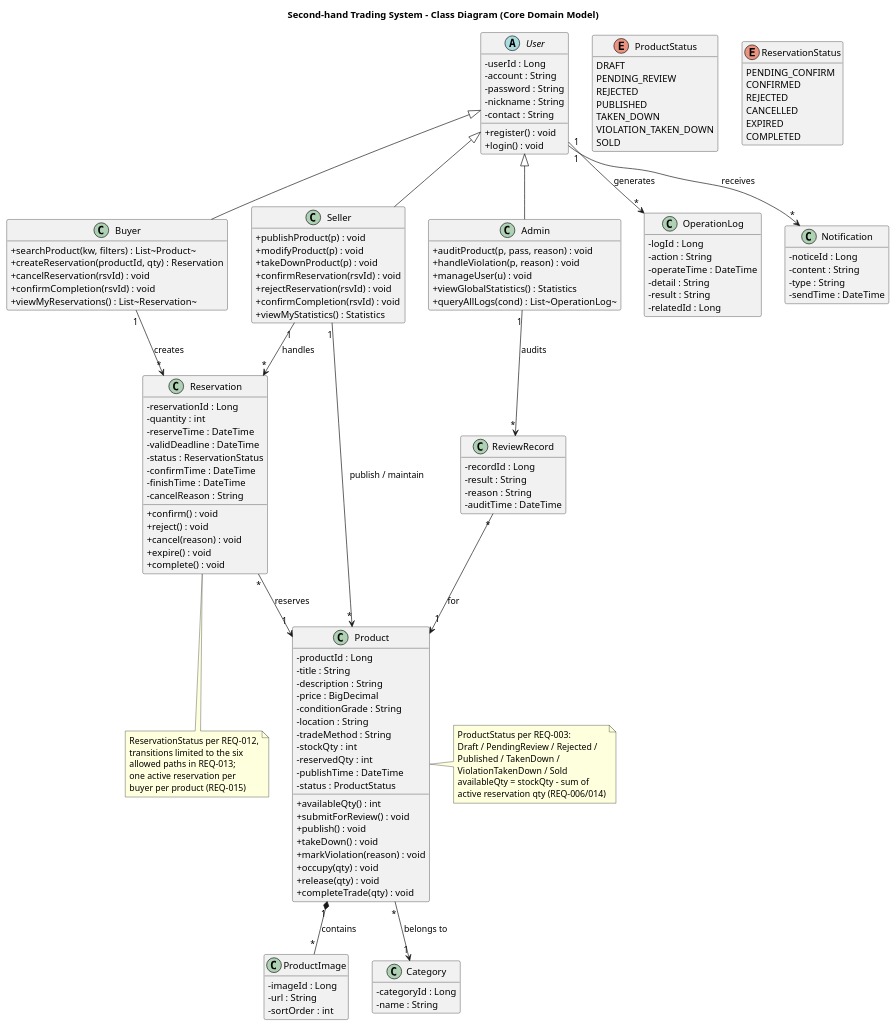
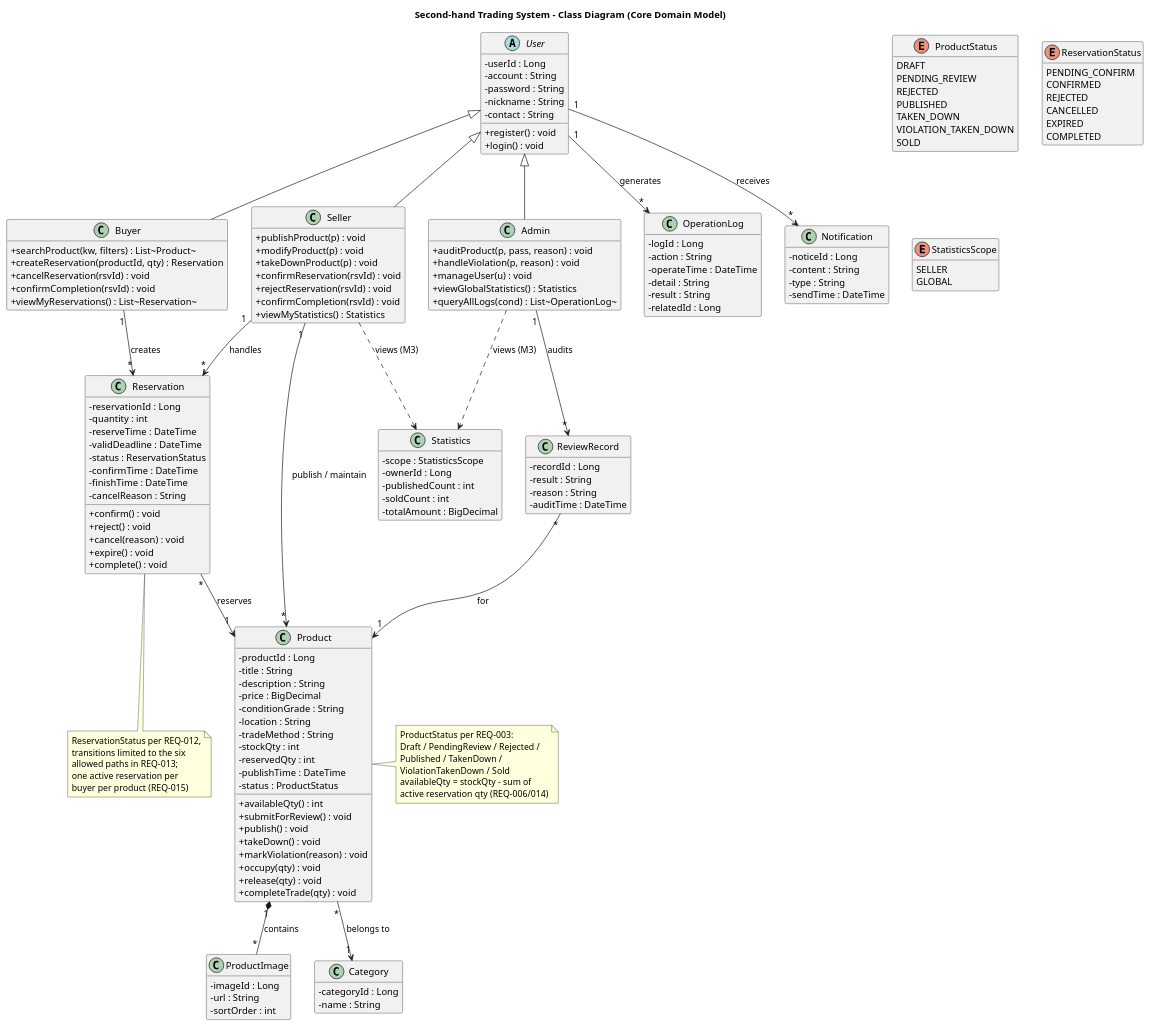
One commit to lmh1145791799/lab1 changed the diagram in uml/class-diagram.puml. Above: the diagram before and after it, drawn with PlantUML. The commit also changed 2 other files, not shown here.

```diff
--- a/uml/class-diagram.puml
+++ b/uml/class-diagram.puml
@@ -1,168 +1,184 @@
 @startuml class-diagram
 title Second-hand Trading System - Class Diagram (Core Domain Model)
 
 skinparam classAttributeIconSize 0
 hide empty member
 
 enum ProductStatus {
   DRAFT
   PENDING_REVIEW
   REJECTED
   PUBLISHED
   TAKEN_DOWN
   VIOLATION_TAKEN_DOWN
   SOLD
 }
 
 enum ReservationStatus {
   PENDING_CONFIRM
   CONFIRMED
   REJECTED
   CANCELLED
   EXPIRED
   COMPLETED
+}
+
+enum StatisticsScope {
+  SELLER
+  GLOBAL
 }
 
 abstract class User {
   - userId : Long
   - account : String
   - password : String
   - nickname : String
   - contact : String
   + register() : void
   + login() : void
 }
 
 class Buyer {
   + searchProduct(kw, filters) : List~Product~
   + createReservation(productId, qty) : Reservation
   + cancelReservation(rsvId) : void
   + confirmCompletion(rsvId) : void
   + viewMyReservations() : List~Reservation~
 }
 
 class Seller {
   + publishProduct(p) : void
   + modifyProduct(p) : void
   + takeDownProduct(p) : void
   + confirmReservation(rsvId) : void
   + rejectReservation(rsvId) : void
   + confirmCompletion(rsvId) : void
   + viewMyStatistics() : Statistics
 }
 
 class Admin {
   + auditProduct(p, pass, reason) : void
   + handleViolation(p, reason) : void
   + manageUser(u) : void
   + viewGlobalStatistics() : Statistics
   + queryAllLogs(cond) : List~OperationLog~
 }
 
 class Product {
   - productId : Long
   - title : String
   - description : String
   - price : BigDecimal
   - conditionGrade : String
   - location : String
   - tradeMethod : String
   - stockQty : int
   - reservedQty : int
   - publishTime : DateTime
   - status : ProductStatus
   + availableQty() : int
   + submitForReview() : void
   + publish() : void
   + takeDown() : void
   + markViolation(reason) : void
   + occupy(qty) : void
   + release(qty) : void
   + completeTrade(qty) : void
 }
 
 class ProductImage {
   - imageId : Long
   - url : String
   - sortOrder : int
 }
 
 class Category {
   - categoryId : Long
   - name : String
 }
 
 class Reservation {
   - reservationId : Long
   - quantity : int
   - reserveTime : DateTime
   - validDeadline : DateTime
   - status : ReservationStatus
   - confirmTime : DateTime
   - finishTime : DateTime
   - cancelReason : String
   + confirm() : void
   + reject() : void
   + cancel(reason) : void
   + expire() : void
   + complete() : void
 }
 
 class ReviewRecord {
   - recordId : Long
   - result : String
   - reason : String
   - auditTime : DateTime
 }
 
 class OperationLog {
   - logId : Long
   - action : String
   - operateTime : DateTime
   - detail : String
   - result : String
   - relatedId : Long
 }
 
 class Notification {
   - noticeId : Long
   - content : String
   - type : String
   - sendTime : DateTime
 }
 
 User <|-- Buyer
 User <|-- Seller
 User <|-- Admin
 
+class Statistics {
+  - scope : StatisticsScope
+  - ownerId : Long
+  - publishedCount : int
+  - soldCount : int
+  - totalAmount : BigDecimal
+}
+
 Seller "1" --> "*" Product : publish / maintain
 Product "*" --> "1" Category : belongs to
 Product "1" *-- "*" ProductImage : contains
 
 Buyer "1" --> "*" Reservation : creates
 Seller "1" --> "*" Reservation : handles
 Reservation "*" --> "1" Product : reserves
 
 Admin "1" --> "*" ReviewRecord : audits
 ReviewRecord "*" --> "1" Product : for
 
 User "1" --> "*" OperationLog : generates
 User "1" --> "*" Notification : receives
+
+Seller ..> Statistics : views (M3)
+Admin ..> Statistics : views (M3)
 
 note right of Product
   ProductStatus per REQ-003:
   Draft / PendingReview / Rejected /
   Published / TakenDown /
   ViolationTakenDown / Sold
   availableQty = stockQty - sum of
   active reservation qty (REQ-006/014)
 end note
 
 note bottom of Reservation
   ReservationStatus per REQ-012,
   transitions limited to the six
   allowed paths in REQ-013;
   one active reservation per
   buyer per product (REQ-015)
 end note
 @enduml
```
